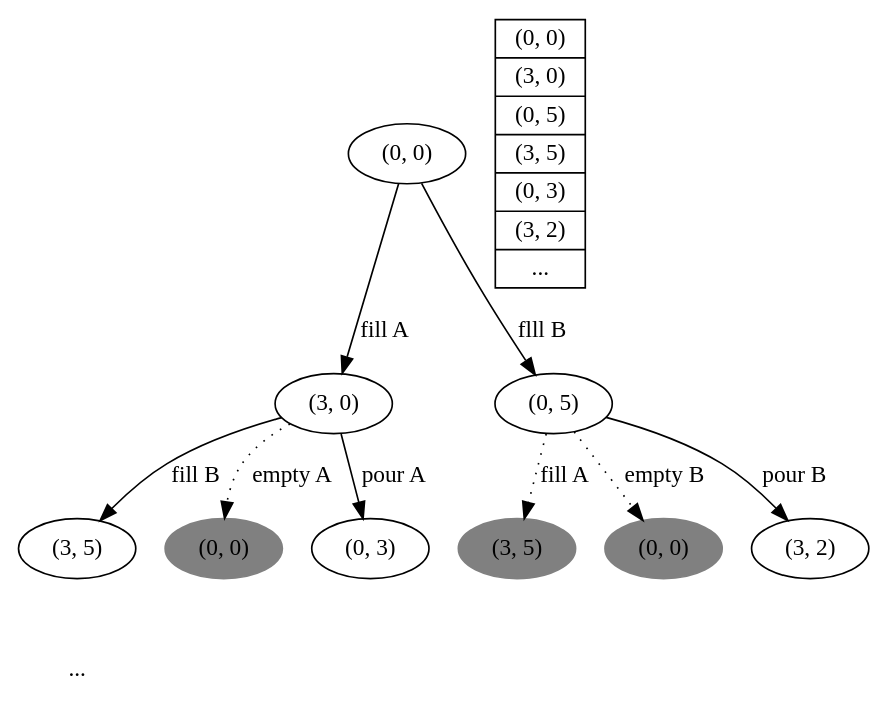
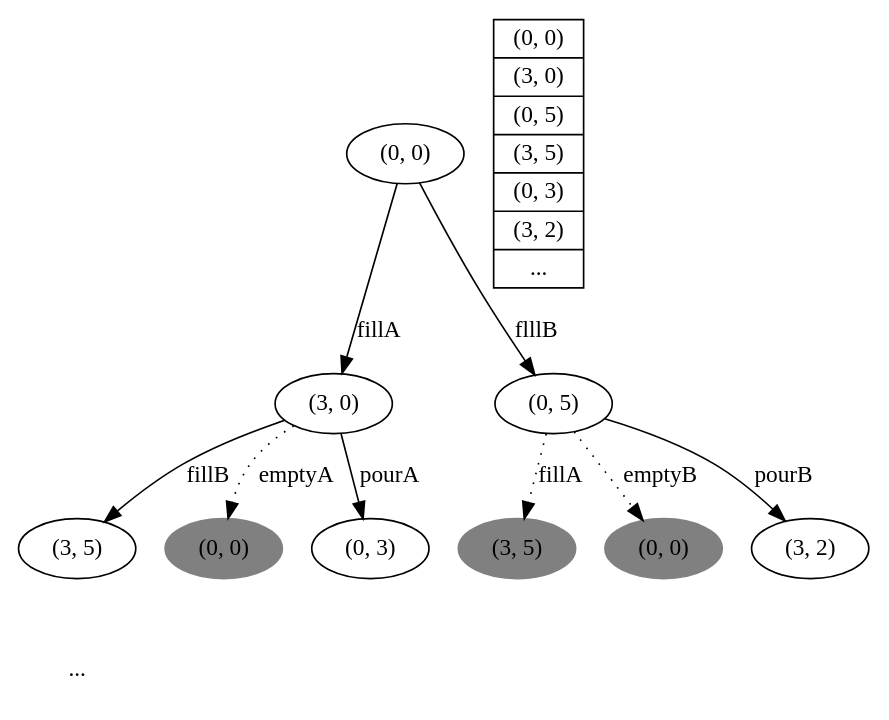
The diagram in search/img/water-jugs.dot (liuxinyu95/AlgoXY), drawn with Graphviz before and after one commit. The commit also changed 1 other file, not shown here.

```diff
--- a/search/img/water-jugs.dot
+++ b/search/img/water-jugs.dot
@@ -1,29 +1,29 @@
 digraph G{
 	margin="0"
     /*subgraph cluster0 {*/
         s1[label="(0, 0)"];
         s21[label="(3, 0)"];
         s22[label="(0, 5)"];
         {rank = same s21 s22}
-        s1->s21[label="fill A"];
-        s1->s22[label="flll B"];
+        s1->s21[label="fillA"];
+        s1->s22[label="flllB"];
         s31[label="(3, 5)"];
         s32[label="(0, 0)", color=gray, style=filled];
         s33[label="(0, 3)"];
-        s21->s31[label="fill B"];
-        s21->s32[style=dotted, label="empty A"];
-        s21->s33[label="pour A"];
+        s21->s31[label="fillB"];
+        s21->s32[style=dotted, label="emptyA"];
+        s21->s33[label="pourA"];
         s34[label="(3, 5)", color=gray, style=filled];
         s35[label="(0, 0)", color=gray, style=filled];
         s36[label="(3, 2)"];
         {rank = same s31 s32 s33 s34 s35 s36}
-        s22->s34[label="fill A", style=dotted];
-        s22->s35[label="empty B", style=dotted];
-        s22->s36[label="pour B"];
+        s22->s34[label="fillA", style=dotted];
+        s22->s35[label="emptyB", style=dotted];
+        s22->s36[label="pourB"];
         sdot[shape=plaintext, label="..."];
         s31->sdot[style=invis];
     /*}
     subgraph cluster1 {*/
         v[shape=record, label="{(0, 0) | (3, 0) | (0, 5) | (3, 5) | (0, 3) | (3, 2) | ... }"];
     /*}*/
 }
```
